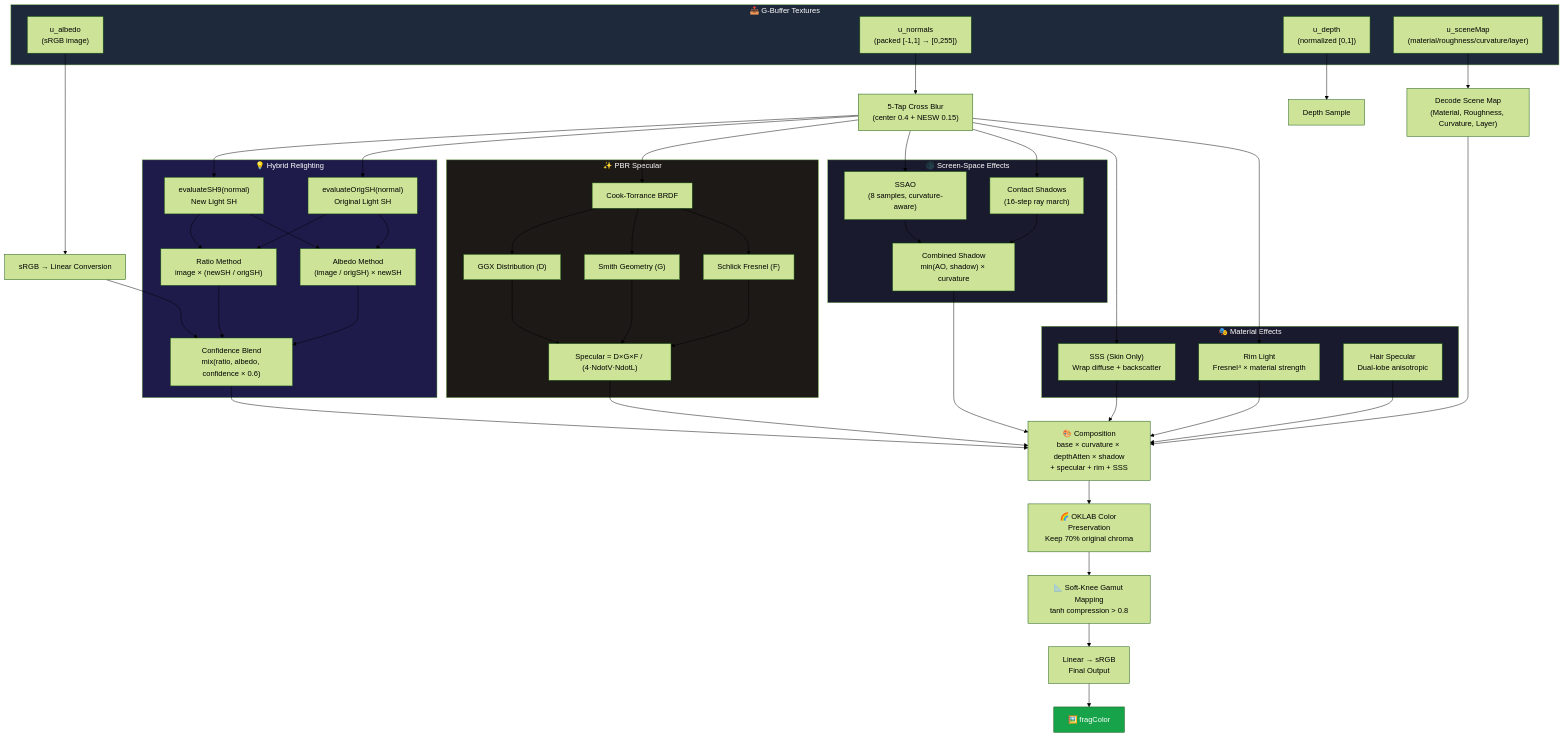
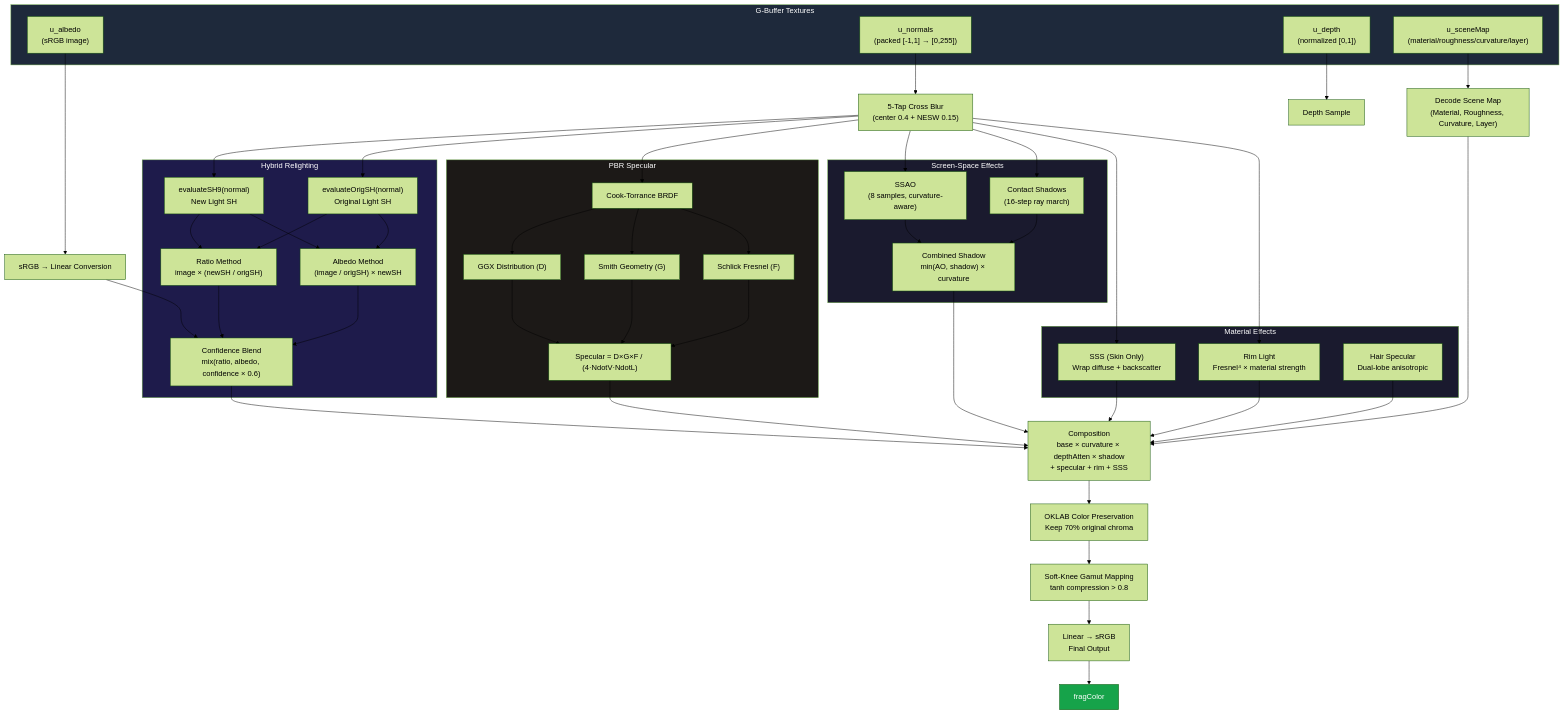
The second of 5 diagrams in docs/HOW_IT_WORKS.md (kunal0230/Orlume), drawn with Mermaid (forest theme) before and after one commit. The commit also changed other lines of this file, not shown here.

````diff
--- a/docs/HOW_IT_WORKS.md
+++ b/docs/HOW_IT_WORKS.md
@@ -91,73 +91,73 @@
 ```mermaid
 flowchart TD
-    subgraph Inputs["📥 G-Buffer Textures"]
+    subgraph Inputs[" G-Buffer Textures"]
         T1["u_albedo\n(sRGB image)"]
         T2["u_normals\n(packed [-1,1] → [0,255])"]
         T3["u_depth\n(normalized [0,1])"]
         T4["u_sceneMap\n(material/roughness/curvature/layer)"]
     end
 
     T1 --> SRGB["sRGB → Linear Conversion"]
     T2 --> NBLUR["5-Tap Cross Blur\n(center 0.4 + NESW 0.15)"]
     T3 --> DEPTH["Depth Sample"]
     T4 --> SCENE["Decode Scene Map\n(Material, Roughness, Curvature, Layer)"]
 
     SRGB --> HYBRID
     NBLUR --> SH_NEW & SH_ORIG & SPEC & SSAO_C & SHADOW_C & SSS_C & RIM_C
 
-    subgraph Lighting["💡 Hybrid Relighting"]
+    subgraph Lighting[" Hybrid Relighting"]
         SH_NEW["evaluateSH9(normal)\nNew Light SH"]
         SH_ORIG["evaluateOrigSH(normal)\nOriginal Light SH"]
         SH_NEW --> RATIO["Ratio Method\nimage × (newSH / origSH)"]
         SH_ORIG --> RATIO
         SH_ORIG --> ALBEDO_M["Albedo Method\n(image / origSH) × newSH"]
         SH_NEW --> ALBEDO_M
         RATIO --> HYBRID["Confidence Blend\nmix(ratio, albedo, confidence × 0.6)"]
         ALBEDO_M --> HYBRID
     end
 
-    subgraph PBR["✨ PBR Specular"]
+    subgraph PBR[" PBR Specular"]
         SPEC["Cook-Torrance BRDF"]
         GGX["GGX Distribution (D)"]
         SMITH["Smith Geometry (G)"]
         FRESNEL["Schlick Fresnel (F)"]
         GGX --> SPEC_OUT["Specular = D×G×F / (4·NdotV·NdotL)"]
         SMITH --> SPEC_OUT
         FRESNEL --> SPEC_OUT
         SPEC --> GGX & SMITH & FRESNEL
     end
 
-    subgraph Shadows["🌑 Screen-Space Effects"]
+    subgraph Shadows[" Screen-Space Effects"]
         SSAO_C["SSAO\n(8 samples, curvature-aware)"]
         SHADOW_C["Contact Shadows\n(16-step ray march)"]
         SSAO_C --> COMBINED_S["Combined Shadow\nmin(AO, shadow) × curvature"]
         SHADOW_C --> COMBINED_S
     end
 
-    subgraph MaterialFX["🎭 Material Effects"]
+    subgraph MaterialFX[" Material Effects"]
         SSS_C["SSS (Skin Only)\nWrap diffuse + backscatter"]
         HAIR_C["Hair Specular\nDual-lobe anisotropic"]
         RIM_C["Rim Light\nFresnel⁴ × material strength"]
     end
 
     HYBRID --> COMPOSE
     SPEC_OUT --> COMPOSE
     COMBINED_S --> COMPOSE
     SSS_C --> COMPOSE
     HAIR_C --> COMPOSE
     RIM_C --> COMPOSE
     SCENE --> COMPOSE
 
-    COMPOSE["🎨 Composition\nbase × curvature × depthAtten × shadow\n+ specular + rim + SSS"] --> OKLAB
+    COMPOSE[" Composition\nbase × curvature × depthAtten × shadow\n+ specular + rim + SSS"] --> OKLAB
 
-    OKLAB["🌈 OKLAB Color Preservation\nKeep 70% original chroma"] --> GAMUT
-    GAMUT["📐 Soft-Knee Gamut Mapping\ntanh compression > 0.8"] --> FINAL
-    FINAL["Linear → sRGB\nFinal Output"] --> OUT["🖼️ fragColor"]
+    OKLAB[" OKLAB Color Preservation\nKeep 70% original chroma"] --> GAMUT
+    GAMUT[" Soft-Knee Gamut Mapping\ntanh compression > 0.8"] --> FINAL
+    FINAL["Linear → sRGB\nFinal Output"] --> OUT[" fragColor"]
 
     style Inputs fill:#1E293B,color:#fff
     style Lighting fill:#1E1B4B,color:#fff
     style PBR fill:#1C1917,color:#fff
     style Shadows fill:#1A1A2E,color:#fff
     style MaterialFX fill:#1A1A2E,color:#fff
     style OUT fill:#16A34A,color:#fff
 ```
````
